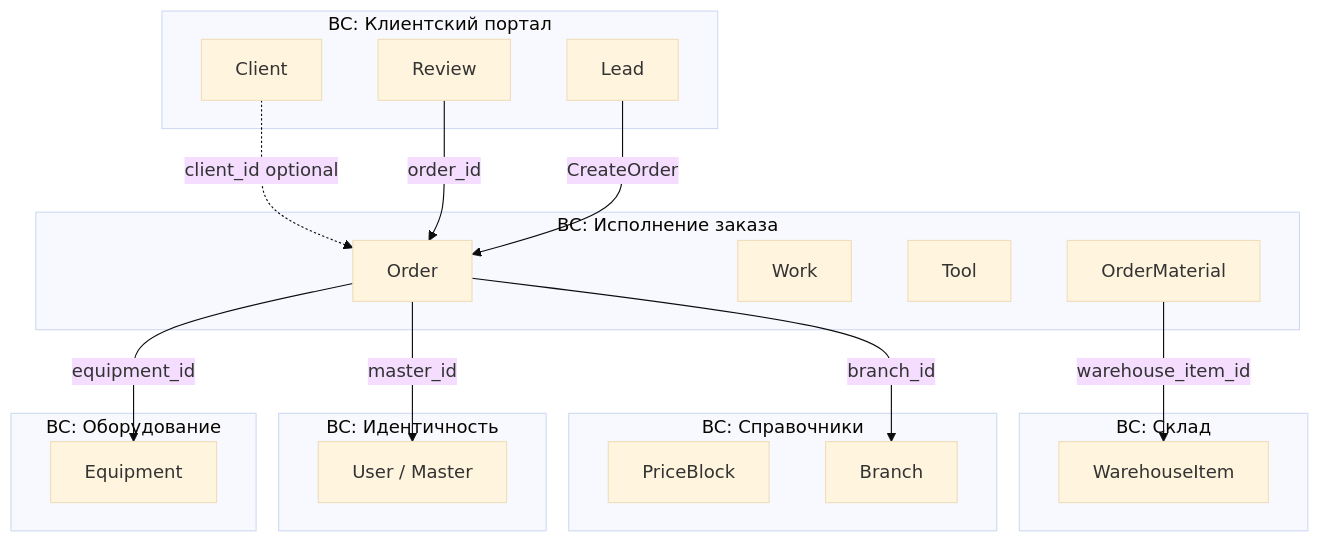
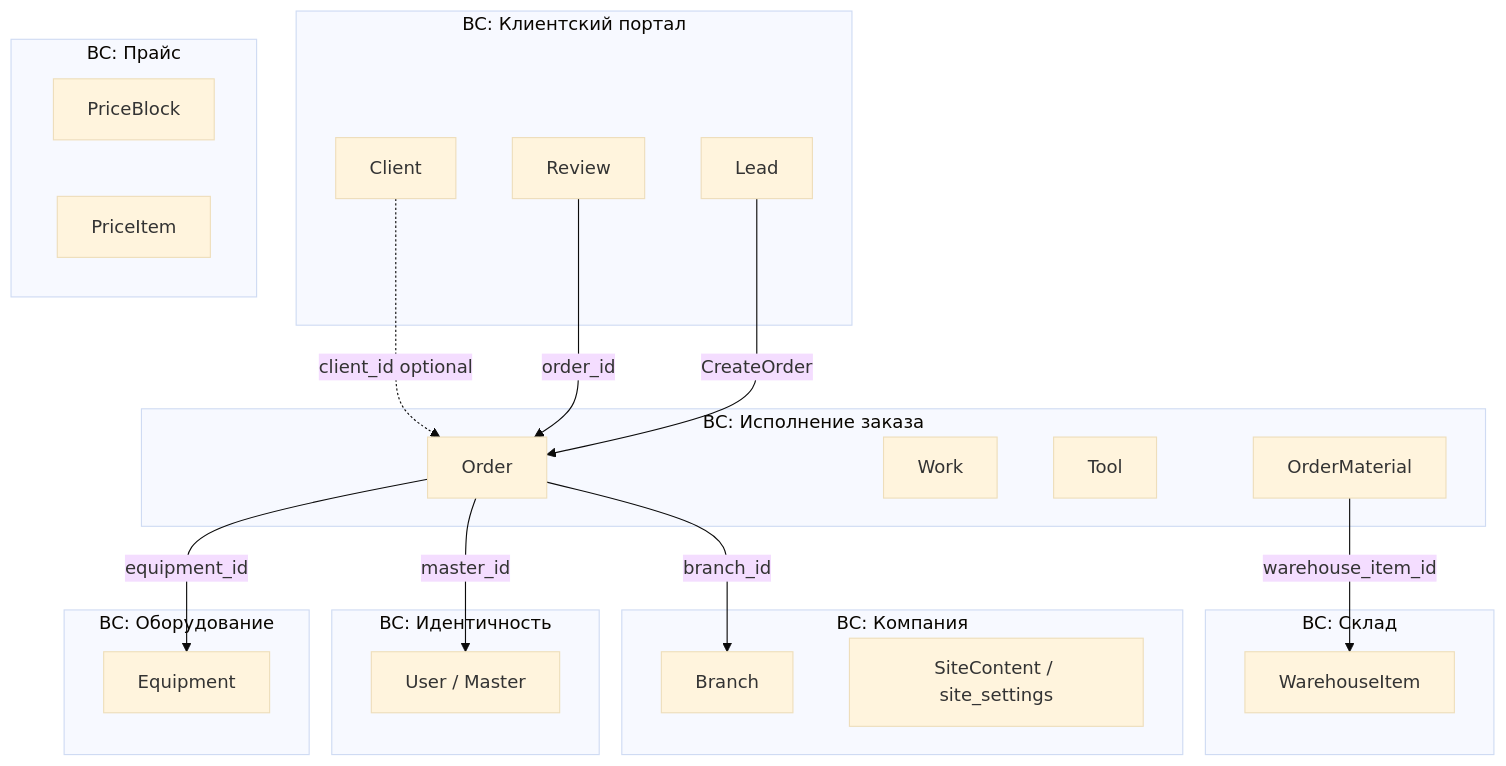
Before and after one commit to blessq12/zatochka: the diagram in es/05-агрегаты/README.md, drawn with Mermaid (base theme). The commit also changed other lines of this file and 80 other files, not shown here.

````diff
--- a/es/05-агрегаты/README.md
+++ b/es/05-агрегаты/README.md
@@ -19,40 +19,45 @@
 ```mermaid
 flowchart TB
     subgraph CP [BC: Клиентский портал]
         Client
         Review
         LeadIn[Lead]
     end
 
     subgraph OF [BC: Исполнение заказа]
         Order
         Work
         Tool
         OrderMaterial
     end
 
     subgraph EQ [BC: Оборудование]
         Equipment
     end
 
     subgraph WH [BC: Склад]
         WarehouseItem
     end
 
-    subgraph CAT [BC: Справочники]
+    subgraph CO [BC: Компания]
+        Branch
+        SiteContent[SiteContent / site_settings]
+    end
+
+    subgraph PR [BC: Прайс]
         PriceBlock
-        Branch
+        PriceItem
     end
 
     subgraph ID [BC: Идентичность]
         Master[User / Master]
     end
 
     LeadIn -->|CreateOrder| Order
     Client -.->|client_id optional| Order
     Order -->|equipment_id| Equipment
     OrderMaterial -->|warehouse_item_id| WarehouseItem
     Order -->|master_id| Master
     Order -->|branch_id| Branch
     Review -->|order_id| Order
 ```
````
